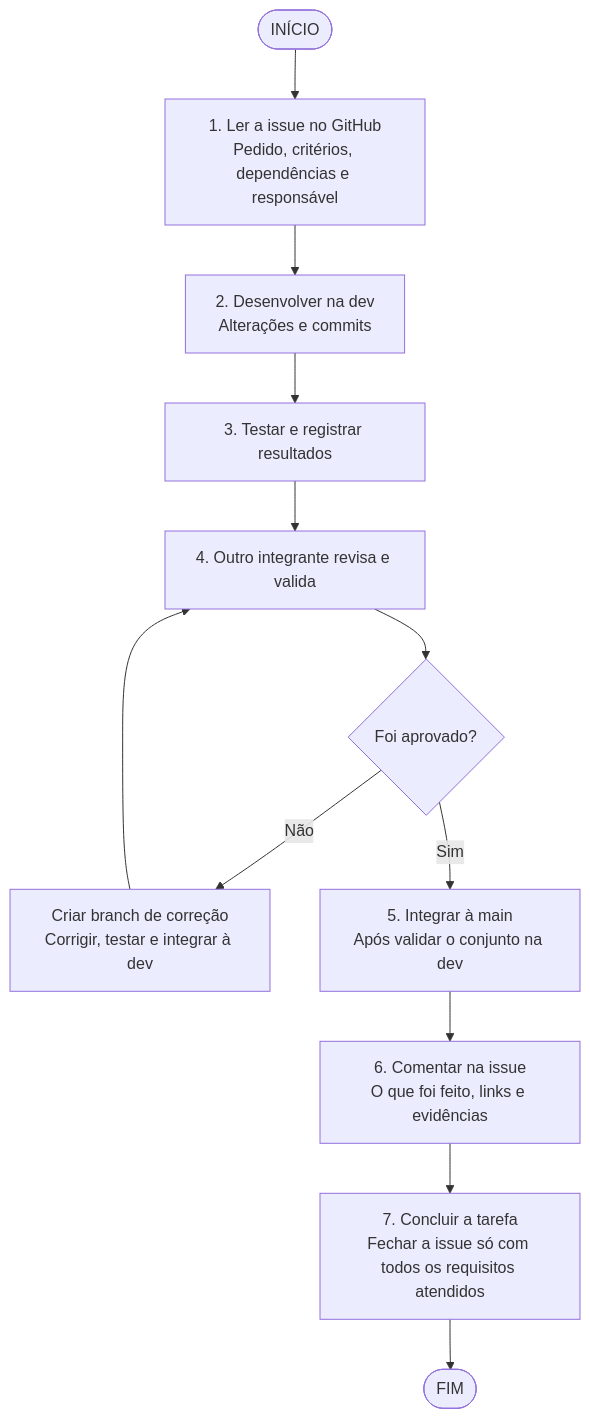
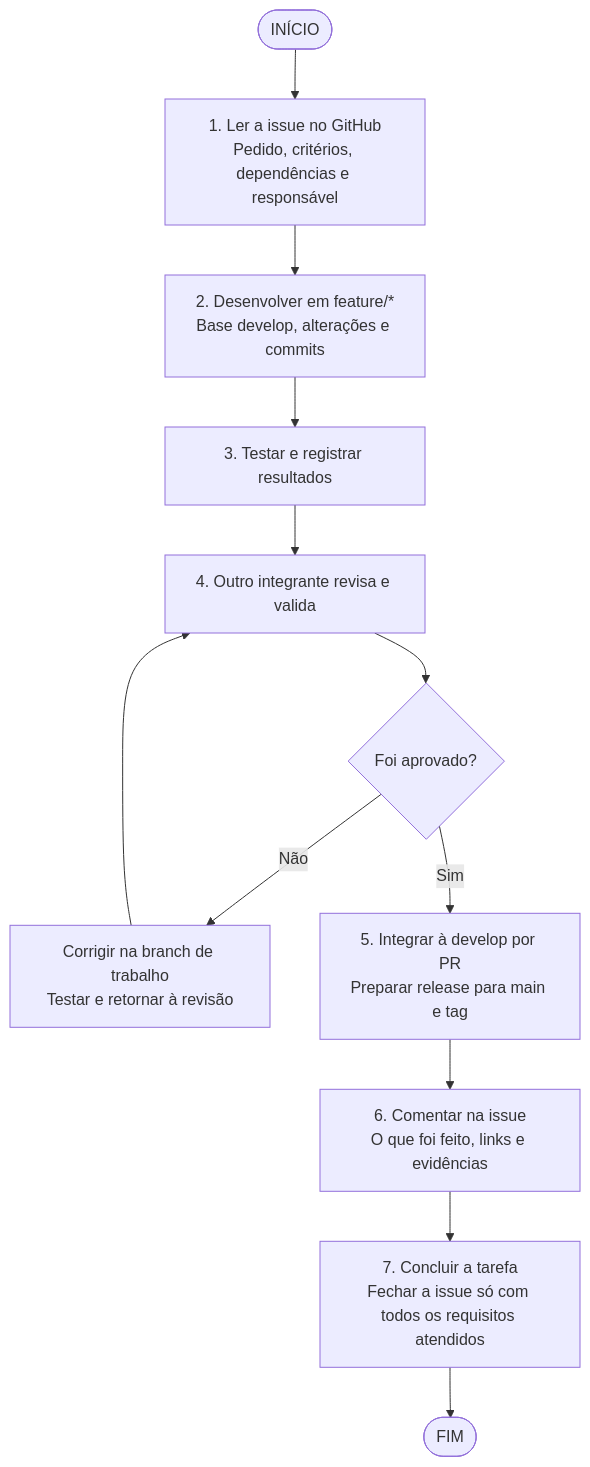
Before and after one commit to Solution-Explores/SigmaTI: the diagram in doc/fluxo-de-trabalho-tcc.md, drawn with Mermaid. The commit also changed other lines of this file and 5 other files, not shown here.

Commit message:
chore: adota git flow e simplifica nomes das branches

````diff
--- a/doc/fluxo-de-trabalho-tcc.md
+++ b/doc/fluxo-de-trabalho-tcc.md
@@ -10,20 +11,20 @@
 ```mermaid
 flowchart TD
     inicio(["INÍCIO"])
     leitura["1. Ler a issue no GitHub<br/>Pedido, critérios, dependências e responsável"]
-    desenvolvimento["2. Desenvolver na dev<br/>Alterações e commits"]
+    desenvolvimento["2. Desenvolver em feature/*<br/>Base develop, alterações e commits"]
     testes["3. Testar e registrar resultados"]
     revisao["4. Outro integrante revisa e valida"]
     aprovado{"Foi aprovado?"}
-    correcao["Criar branch de correção<br/>Corrigir, testar e integrar à dev"]
-    integracao["5. Integrar à main<br/>Após validar o conjunto na dev"]
+    correcao["Corrigir na branch de trabalho<br/>Testar e retornar à revisão"]
+    integracao["5. Integrar à develop por PR<br/>Preparar release para main e tag"]
     evidencia["6. Comentar na issue<br/>O que foi feito, links e evidências"]
     conclusao["7. Concluir a tarefa<br/>Fechar a issue só com todos os requisitos atendidos"]
     fim(["FIM"])
 
     inicio --> leitura --> desenvolvimento --> testes --> revisao --> aprovado
     aprovado -->|Não| correcao
     correcao --> revisao
     aprovado -->|Sim| integracao
     integracao --> evidencia --> conclusao --> fim
 ```
````
